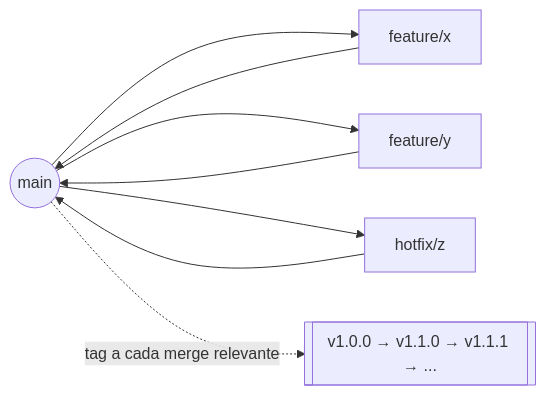
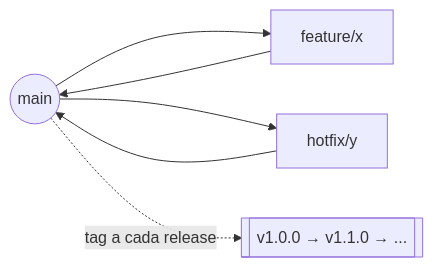
One commit to TETEURYAN/tocli changed the second of 2 diagrams in docs/VERSIONING.md. Above: the diagram before and after it, drawn with Mermaid. The commit also changed other lines of this file, not shown here.

````diff
--- a/docs/VERSIONING.md
+++ b/docs/VERSIONING.md
@@ -380,7 +91,6 @@
 ```mermaid
 flowchart LR
     main((main)) --> f1[feature/x] --> main
-    main --> f2[feature/y] --> main
-    main --> h1[hotfix/z] --> main
-    main -. tag a cada merge relevante .-> tags[["v1.0.0 → v1.1.0 → v1.1.1 → ..."]]
+    main --> h1[hotfix/y] --> main
+    main -. tag a cada release .-> tags[["v1.0.0 → v1.1.0 → ..."]]
 ```
````
